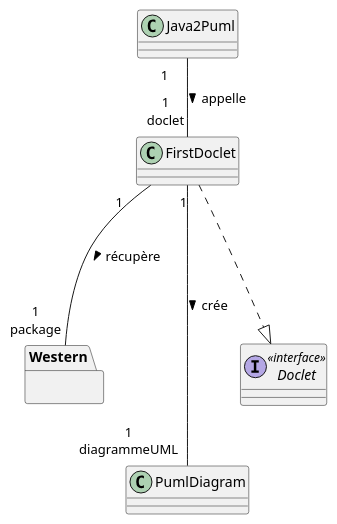
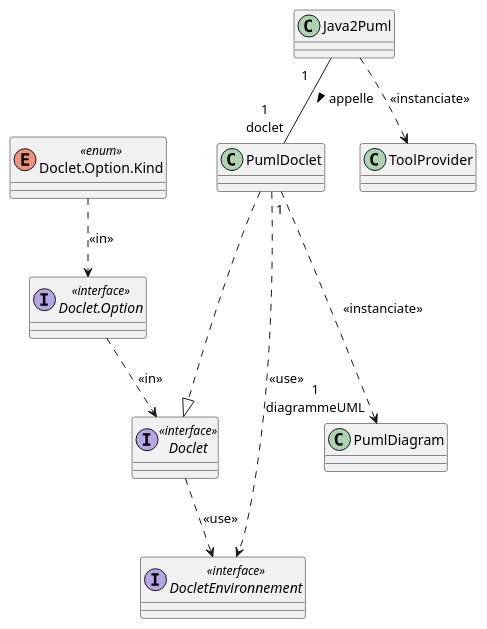
Before and after one commit to karimelkaid/PumlFromJava: the diagram in uml/Doclets_DCA.puml, drawn with PlantUML. The commit also changed 11 other files, not shown here.

```diff
--- a/uml/Doclets_DCA.puml
+++ b/uml/Doclets_DCA.puml
@@ -1,24 +1,31 @@
 @startuml
 'https://plantuml.com/class-diagram
 
-class FirstDoclet
+class PumlDoclet
+class ToolProvider
 
-package Western
-{
-}
 
 class Java2Puml
 
 class PumlDiagram
 
 interface Doclet <<interface>>
+interface "Doclet.Option" as docletOption <<interface>>
+enum "Doclet.Option.Kind" as docletOptionKind <<enum>>
 
+interface DocletEnvironnement <<interface>>
 
-FirstDoclet ...|> Doclet
-FirstDoclet " 1\t" --- "1\npackage" Western : récupère >
-Java2Puml " 1\t" -- "1\ndoclet" FirstDoclet : appelle >
-FirstDoclet  " 1" ---- "1\ndiagrammeUML" PumlDiagram : crée >
+Java2Puml ..> ToolProvider : <<instanciate>>
+
+PumlDoclet ..> DocletEnvironnement : <<use>>
+Doclet ..> DocletEnvironnement : <<use>>
+docletOption ..> Doclet : <<in>>
+docletOptionKind ..> docletOption : <<in>>
+
+PumlDoclet ...|> Doclet
+Java2Puml " 1\t" -- "1\ndoclet" PumlDoclet : appelle >
+PumlDoclet  " 1" ...> "1\ndiagrammeUML" PumlDiagram : <<instanciate>>
 
 
 
 @enduml
```
